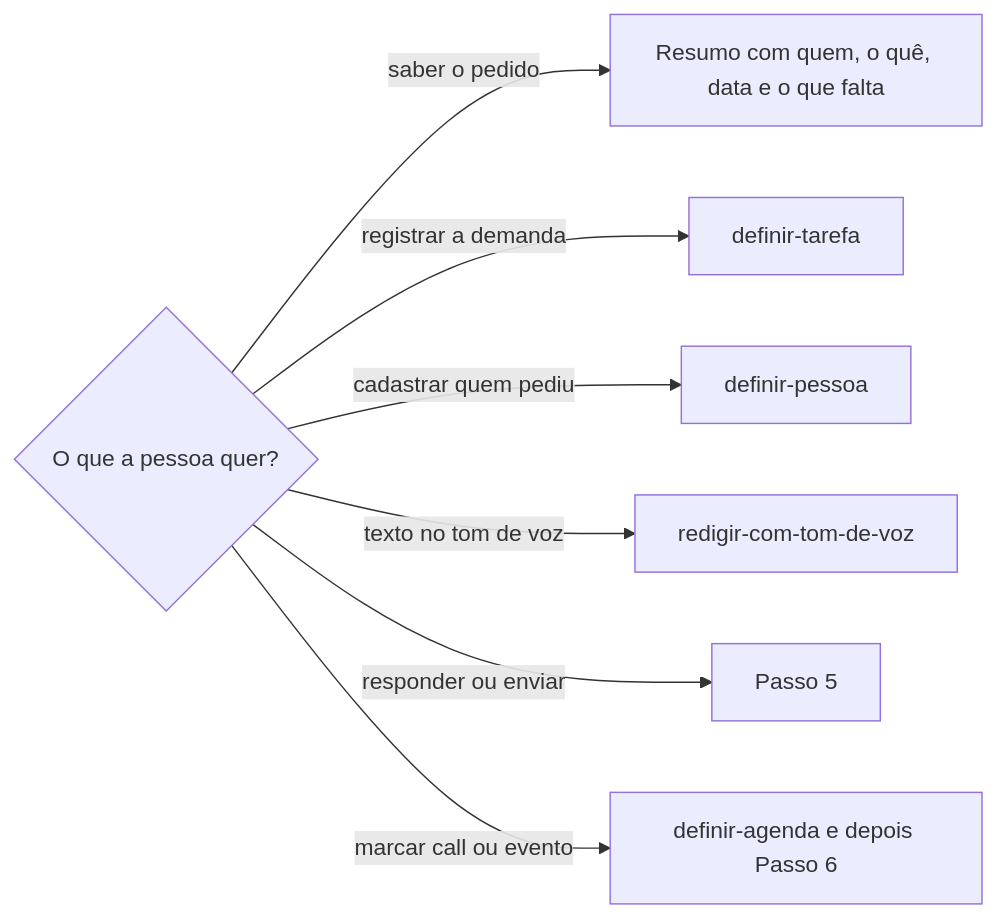
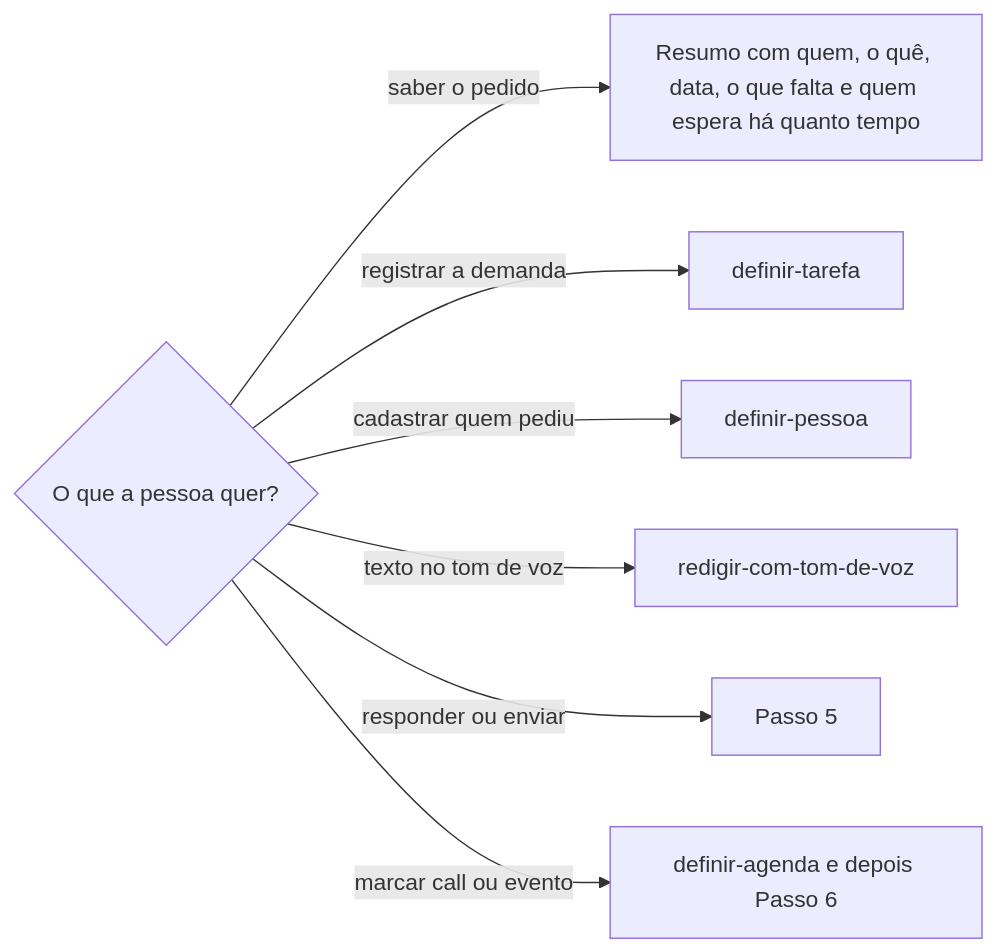
The diagram in .agents/skills/conversar-no-whatsapp/SKILL.md (jimmyandrade/harness), drawn with Mermaid before and after one commit. The commit also changed other lines of this file, not shown here.

````diff
--- a/.agents/skills/conversar-no-whatsapp/SKILL.md
+++ b/.agents/skills/conversar-no-whatsapp/SKILL.md
@@ -53,9 +55,9 @@
 ```mermaid
 flowchart LR
-  Q{O que a pessoa quer?} -->|saber o pedido| R[Resumo com quem, o quê, data e o que falta]
+  Q{O que a pessoa quer?} -->|saber o pedido| R[Resumo com quem, o quê, data, o que falta e quem espera há quanto tempo]
   Q -->|registrar a demanda| T[definir-tarefa]
   Q -->|cadastrar quem pediu| P[definir-pessoa]
   Q -->|texto no tom de voz| V[redigir-com-tom-de-voz]
   Q -->|responder ou enviar| E[Passo 5]
   Q -->|marcar call ou evento| A[definir-agenda e depois Passo 6]
 ```
````
